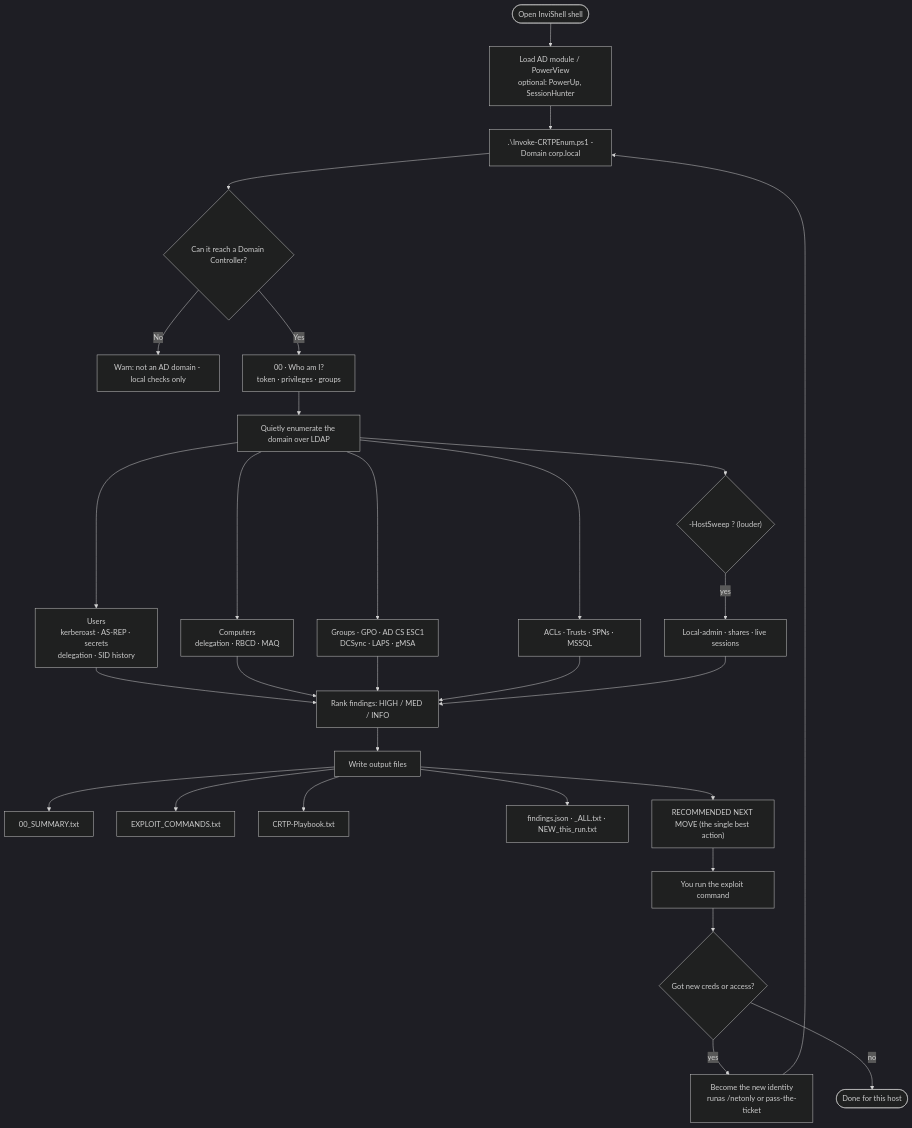
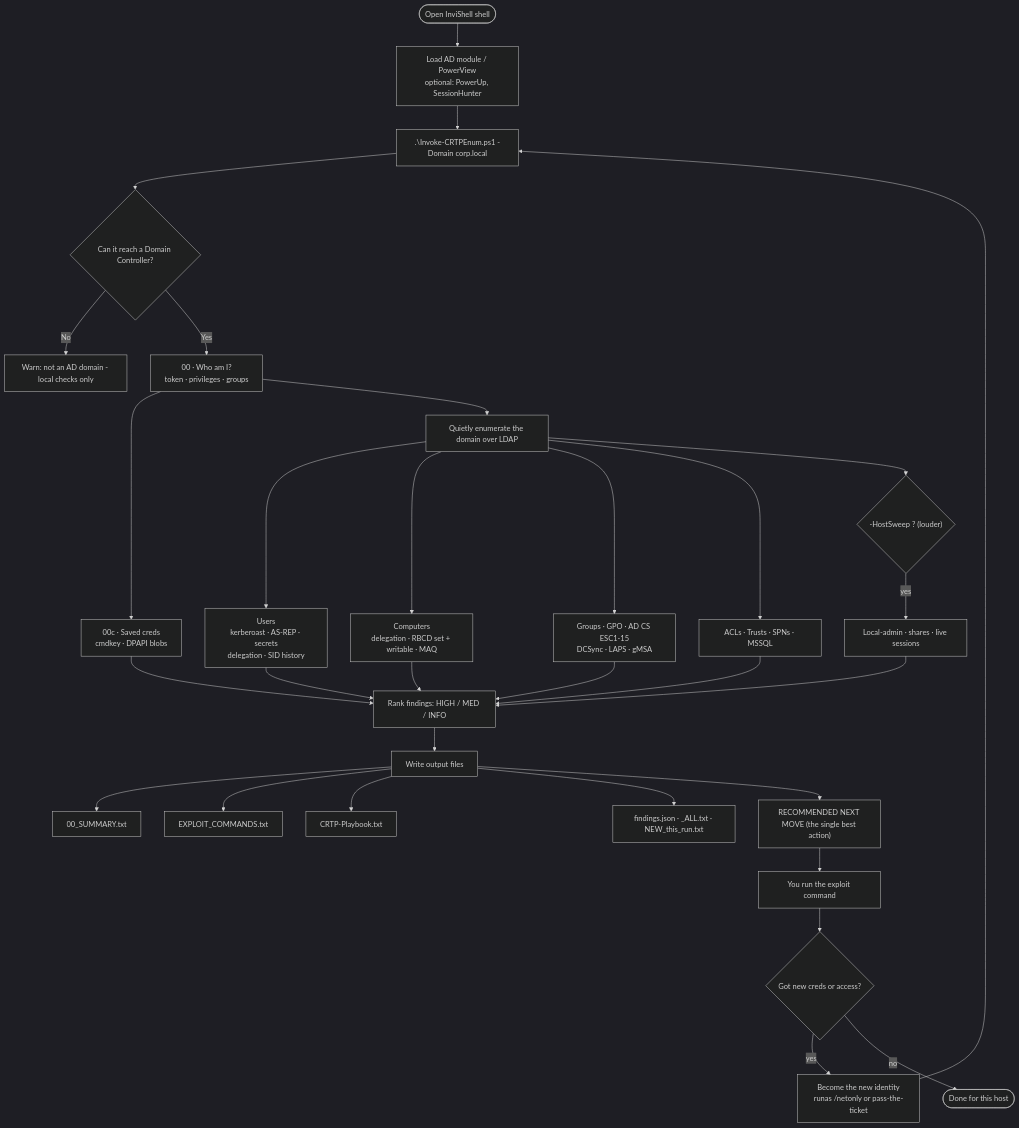
One commit to Jeetramoliya/CRTPAutomatedEnumerationScript changed the diagram in README.md. Above: the diagram before and after it, drawn with Mermaid (dark theme). The commit also changed other lines of this file, not shown here.

First line of the commit message:
README: document ESC1-15, RBCD-available, saved-cred/DPAPI, netonly, cross-forest

````diff
--- a/README.md
+++ b/README.md
@@ -38,31 +38,33 @@
 ```mermaid
 flowchart TD
     A([Open InviShell shell]) --> B[Load AD module / PowerView<br/>optional: PowerUp, SessionHunter]
     B --> C[".\Invoke-CRTPEnum.ps1 -Domain corp.local"]
     C --> D{Can it reach a Domain Controller?}
     D -- No --> D1["Warn: not an AD domain - local checks only"]
     D -- Yes --> E[00 · Who am I?<br/>token · privileges · groups]
+    E --> E1[00c · Saved creds<br/>cmdkey · DPAPI blobs]
     E --> F[Quietly enumerate the domain over LDAP]
     F --> F1[Users<br/>kerberoast · AS-REP · secrets<br/>delegation · SID history]
-    F --> F2[Computers<br/>delegation · RBCD · MAQ]
-    F --> F3[Groups · GPO · AD CS ESC1<br/>DCSync · LAPS · gMSA]
+    F --> F2[Computers<br/>delegation · RBCD set + writable · MAQ]
+    F --> F3[Groups · GPO · AD CS ESC1-15<br/>DCSync · LAPS · gMSA]
     F --> F4[ACLs · Trusts · SPNs · MSSQL]
     F --> F5{"-HostSweep ? (louder)"}
     F5 -- yes --> F6[Local-admin · shares · live sessions]
     F1 --> G[Rank findings: HIGH / MED / INFO]
+    E1 --> G
     F2 --> G
     F3 --> G
     F4 --> G
     F6 --> G
     G --> H[Write output files]
     H --> H1[00_SUMMARY.txt]
     H --> H2[EXPLOIT_COMMANDS.txt]
     H --> H3[CRTP-Playbook.txt]
     H --> H4[findings.json · _ALL.txt · NEW_this_run.txt]
     H --> I["RECOMMENDED NEXT MOVE (the single best action)"]
     I --> J[You run the exploit command]
     J --> K{Got new creds or access?}
     K -- yes --> L[Become the new identity<br/>runas /netonly or pass-the-ticket]
     L --> C
     K -- no --> M([Done for this host])
 ```
````
